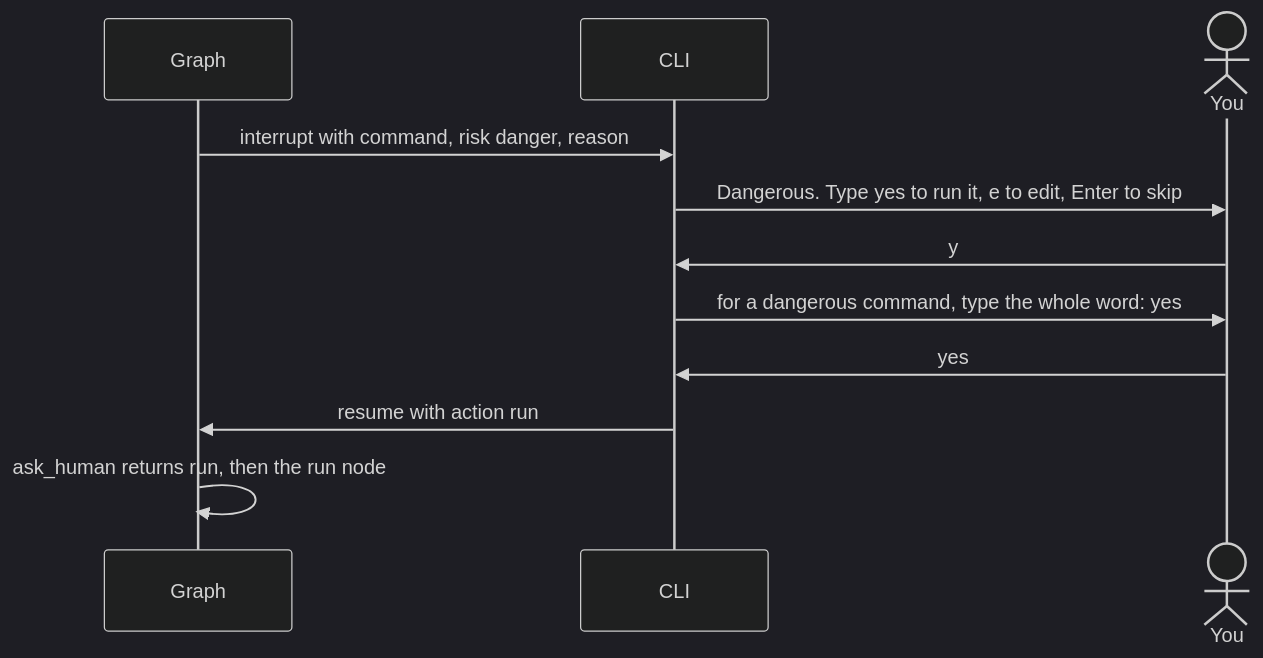
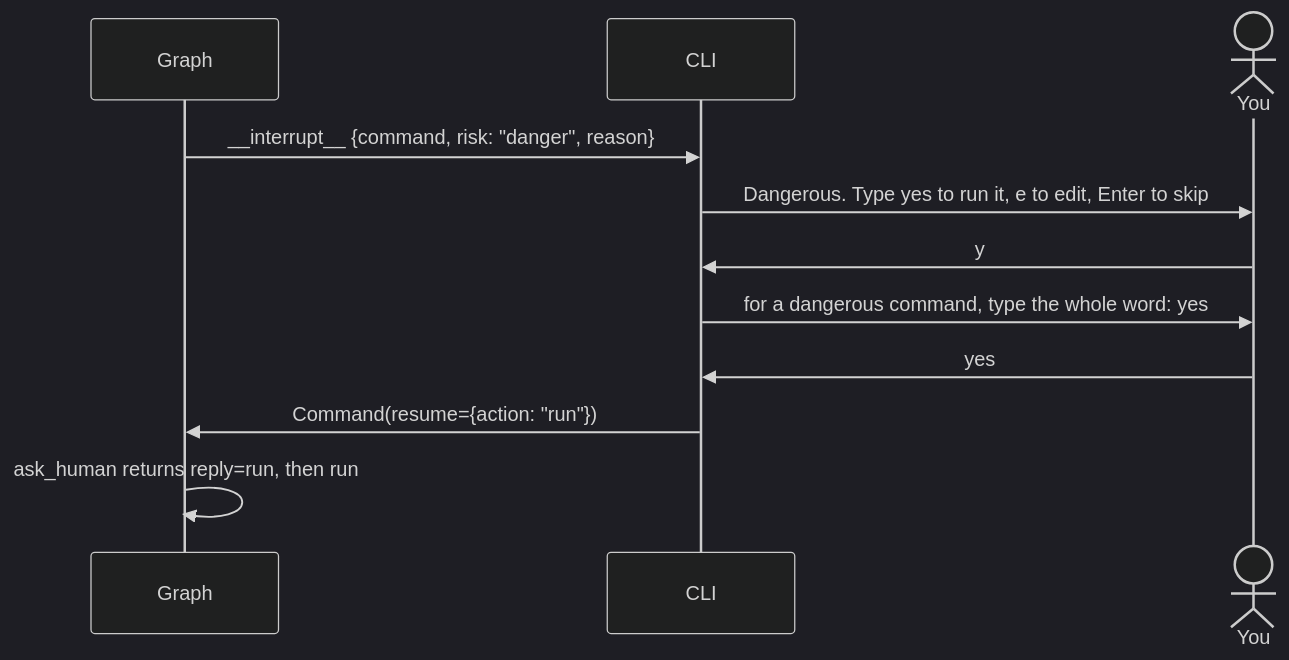
Before and after one commit to prameshbhattarai/shellmate: the fifth of 6 diagrams in docs/how-it-works.md, drawn with Mermaid (dark theme). The commit also changed other lines of this file and 10 other files, not shown here.

````diff
--- a/docs/how-it-works.md
+++ b/docs/how-it-works.md
@@ -188,13 +188,13 @@
 ```mermaid
 sequenceDiagram
     participant Graph
     participant CLI
     actor You
-    Graph->>CLI: interrupt with command, risk danger, reason
+    Graph->>CLI: __interrupt__ {command, risk: "danger", reason}
     CLI->>You: Dangerous. Type yes to run it, e to edit, Enter to skip
     You->>CLI: y
     CLI->>You: for a dangerous command, type the whole word: yes
     You->>CLI: yes
-    CLI->>Graph: resume with action run
-    Graph->>Graph: ask_human returns run, then the run node
+    CLI->>Graph: Command(resume={action: "run"})
+    Graph->>Graph: ask_human returns reply=run, then run
 ```
````
